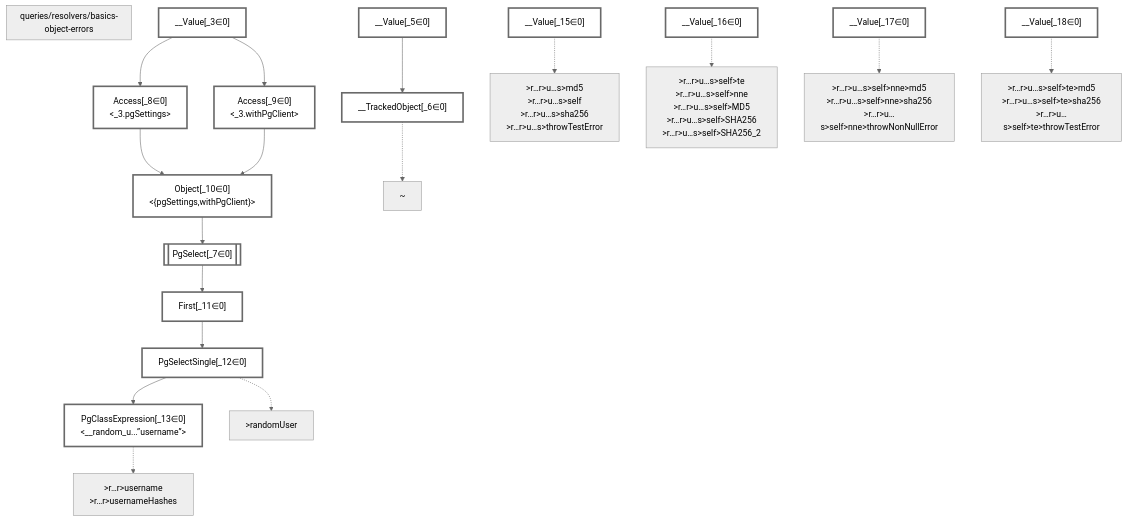
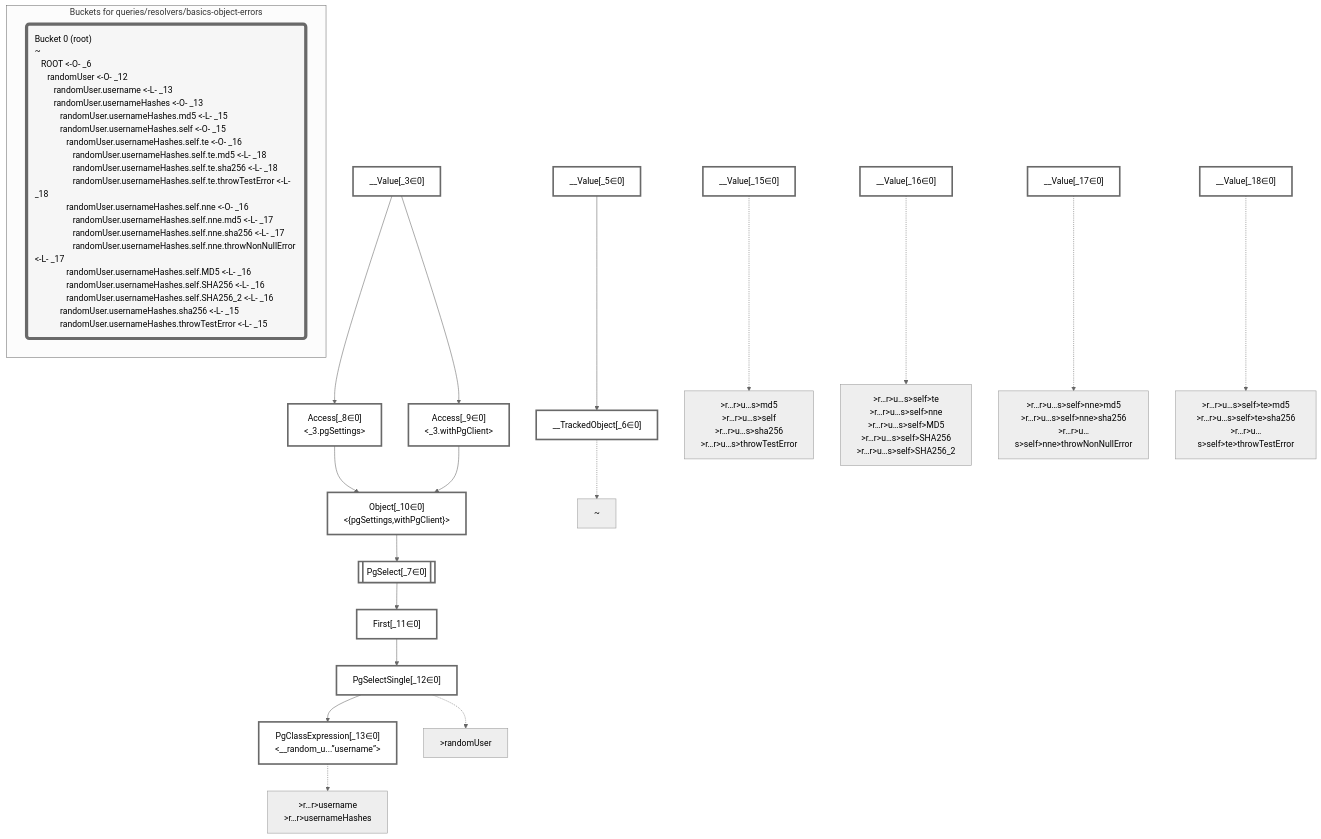
One commit to graphile/crystal changed the diagram in packages/dataplan-pg/__tests__/queries/resolvers/basics-object-errors.deopt.mermaid.md. Above: the diagram before and after it, drawn with Mermaid (neutral theme). The commit also changed 37 other files, not shown here.

````diff
--- a/packages/dataplan-pg/__tests__/queries/resolvers/basics-object-errors.deopt.mermaid.md
+++ b/packages/dataplan-pg/__tests__/queries/resolvers/basics-object-errors.deopt.mermaid.md
@@ -1,58 +1,61 @@
 ```mermaid
 graph TD
-    subgraph "queries/resolvers/basics-object-errors"
-    end
     classDef path fill:#eee,stroke:#000,color:#000
     classDef plan fill:#fff,stroke-width:3px,color:#000
     classDef itemplan fill:#fff,stroke-width:6px,color:#000
     classDef sideeffectplan fill:#f00,stroke-width:6px,color:#000
     classDef bucket fill:#f6f6f6,color:#000,stroke-width:6px,text-align:left
 
 
     %% define plans
     __Value_3["__Value[_3∈0]<br /><context>"]:::plan
     __Value_5["__Value[_5∈0]<br /><rootValue>"]:::plan
     __TrackedObject_6["__TrackedObject[_6∈0]"]:::plan
     PgSelect_7[["PgSelect[_7∈0]<br /><random_user>"]]:::plan
     Access_8["Access[_8∈0]<br /><_3.pgSettings>"]:::plan
     Access_9["Access[_9∈0]<br /><_3.withPgClient>"]:::plan
     Object_10["Object[_10∈0]<br /><{pgSettings,withPgClient}>"]:::plan
     First_11["First[_11∈0]"]:::plan
     PgSelectSingle_12["PgSelectSingle[_12∈0]<br /><users>"]:::plan
     PgClassExpression_13["PgClassExpression[_13∈0]<br /><__random_u...”username”>"]:::plan
     __Value_15["__Value[_15∈0]"]:::plan
     __Value_16["__Value[_16∈0]"]:::plan
     __Value_17["__Value[_17∈0]"]:::plan
     __Value_18["__Value[_18∈0]"]:::plan
 
     %% plan dependencies
     __Value_5 --> __TrackedObject_6
     Object_10 --> PgSelect_7
     __Value_3 --> Access_8
     __Value_3 --> Access_9
     Access_8 --> Object_10
     Access_9 --> Object_10
     PgSelect_7 --> First_11
     First_11 --> PgSelectSingle_12
     PgSelectSingle_12 --> PgClassExpression_13
 
     %% plan-to-path relationships
     P_6["~"]
     __TrackedObject_6 -.-> P_6
     P_12[">randomUser"]
     PgSelectSingle_12 -.-> P_12
     P_13[">r…r>username<br />>r…r>usernameHashes"]
     PgClassExpression_13 -.-> P_13
     P_15[">r…r>u…s>md5<br />>r…r>u…s>self<br />>r…r>u…s>sha256<br />>r…r>u…s>throwTestError"]
     __Value_15 -.-> P_15
     P_16[">r…r>u…s>self>te<br />>r…r>u…s>self>nne<br />>r…r>u…s>self>MD5<br />>r…r>u…s>self>SHA256<br />>r…r>u…s>self>SHA256_2"]
     __Value_16 -.-> P_16
     P_17[">r…r>u…s>self>nne>md5<br />>r…r>u…s>self>nne>sha256<br />>r…r>u…s>self>nne>throwNonNullError"]
     __Value_17 -.-> P_17
     P_18[">r…r>u…s>self>te>md5<br />>r…r>u…s>self>te>sha256<br />>r…r>u…s>self>te>throwTestError"]
     __Value_18 -.-> P_18
 
     %% allocate buckets
     classDef bucket0 stroke:#696969
     class __Value_3,__Value_5,__TrackedObject_6,PgSelect_7,Access_8,Access_9,Object_10,First_11,PgSelectSingle_12,PgClassExpression_13,__Value_15,__Value_16,__Value_17,__Value_18 bucket0
+
+    subgraph "Buckets for queries/resolvers/basics-object-errors"
+    Bucket0("Bucket 0 (root)<br />~<br />⠀ROOT <-O- _6<br />⠀⠀randomUser <-O- _12<br />⠀⠀⠀randomUser.username <-L- _13<br />⠀⠀⠀randomUser.usernameHashes <-O- _13<br />⠀⠀⠀⠀randomUser.usernameHashes.md5 <-L- _15<br />⠀⠀⠀⠀randomUser.usernameHashes.self <-O- _15<br />⠀⠀⠀⠀⠀randomUser.usernameHashes.self.te <-O- _16<br />⠀⠀⠀⠀⠀⠀randomUser.usernameHashes.self.te.md5 <-L- _18<br />⠀⠀⠀⠀⠀⠀randomUser.usernameHashes.self.te.sha256 <-L- _18<br />⠀⠀⠀⠀⠀⠀randomUser.usernameHashes.self.te.throwTestError <-L- _18<br />⠀⠀⠀⠀⠀randomUser.usernameHashes.self.nne <-O- _16<br />⠀⠀⠀⠀⠀⠀randomUser.usernameHashes.self.nne.md5 <-L- _17<br />⠀⠀⠀⠀⠀⠀randomUser.usernameHashes.self.nne.sha256 <-L- _17<br />⠀⠀⠀⠀⠀⠀randomUser.usernameHashes.self.nne.throwNonNullError <-L- _17<br />⠀⠀⠀⠀⠀randomUser.usernameHashes.self.MD5 <-L- _16<br />⠀⠀⠀⠀⠀randomUser.usernameHashes.self.SHA256 <-L- _16<br />⠀⠀⠀⠀⠀randomUser.usernameHashes.self.SHA256_2 <-L- _16<br />⠀⠀⠀⠀randomUser.usernameHashes.sha256 <-L- _15<br />⠀⠀⠀⠀randomUser.usernameHashes.throwTestError <-L- _15"):::bucket
+    style Bucket0 stroke:#696969
+    end
 ```
````
